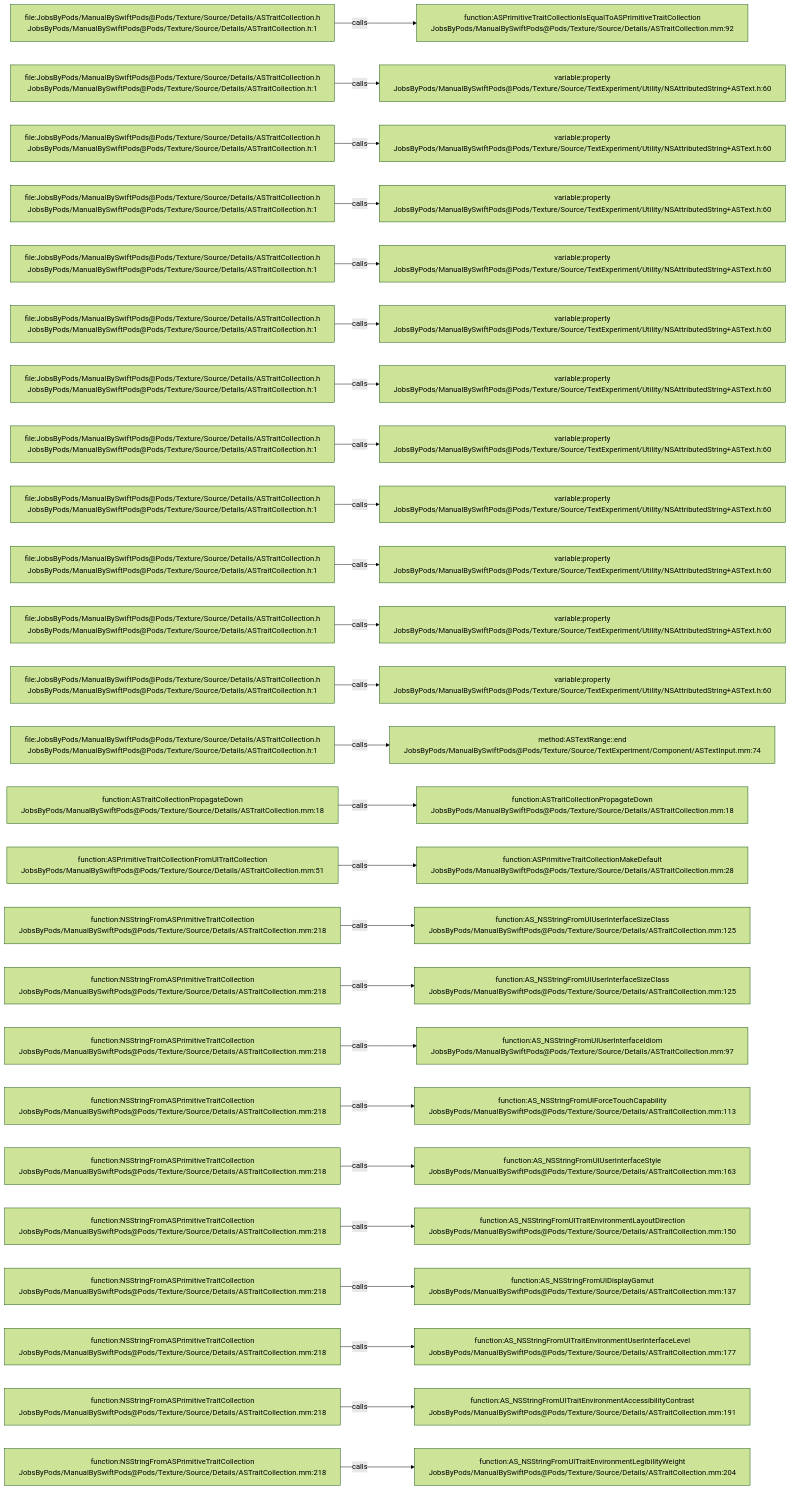
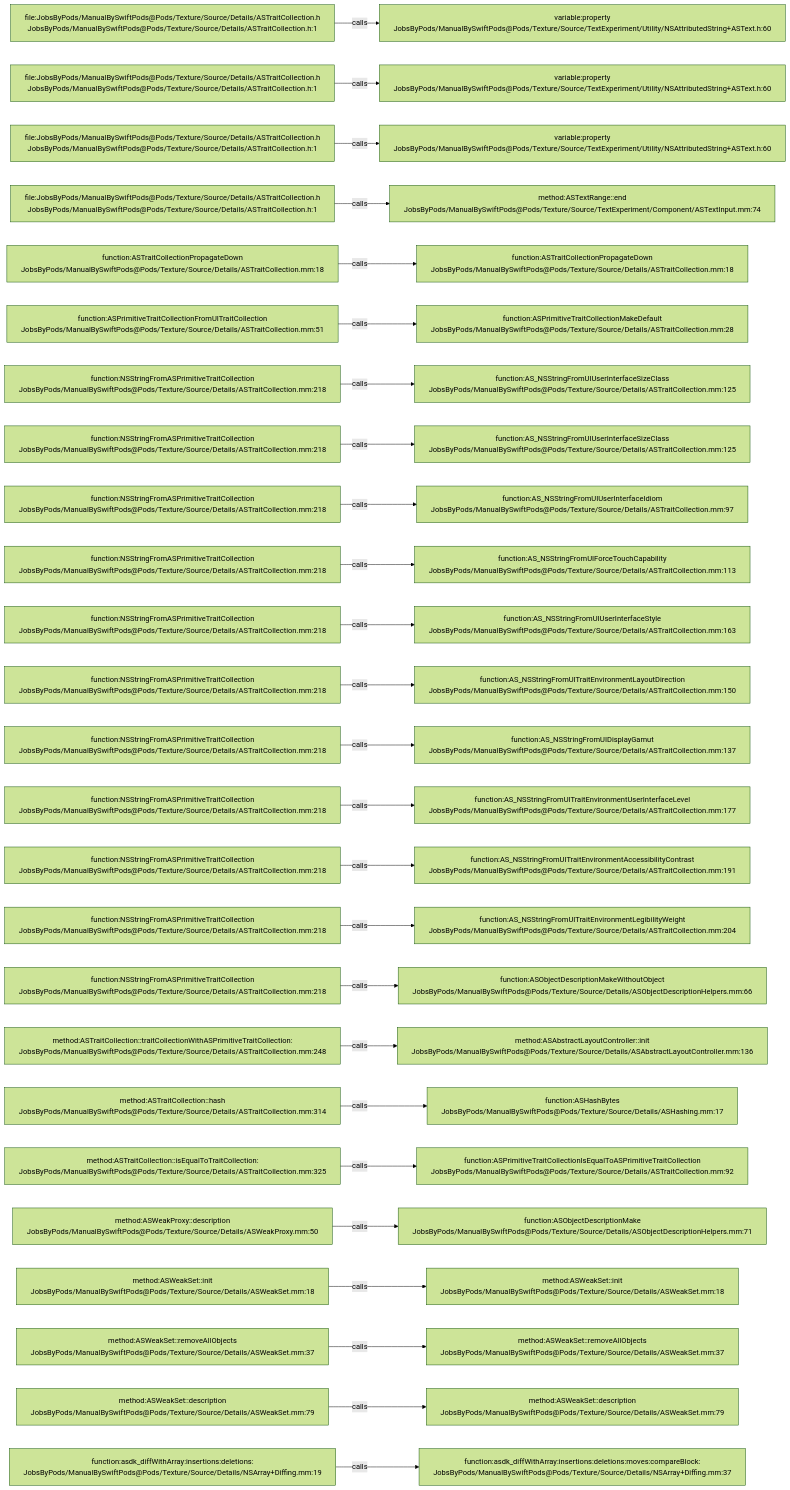
One commit to JobsKits/JobsSwiftBaseConfigDemo changed the diagram in .codegraph/codegraph.md/graphs/calls-097.md. Above: the diagram before and after it, drawn with Mermaid (forest theme). The commit also changed 707 other files, not shown here.

````diff
--- a/.codegraph/codegraph.md/graphs/calls-097.md
+++ b/.codegraph/codegraph.md/graphs/calls-097.md
@@ -13,78 +13,78 @@
 ```mermaid
 flowchart LR
   S1["file:JobsByPods/ManualBySwiftPods@Pods/Texture/Source/Details/ASTraitCollection.h<br/>JobsByPods/ManualBySwiftPods@Pods/Texture/Source/Details/ASTraitCollection.h:1"]
-  T1["function:ASPrimitiveTraitCollectionIsEqualToASPrimitiveTraitCollection<br/>JobsByPods/ManualBySwiftPods@Pods/Texture/Source/Details/ASTraitCollection.mm:92"]
+  T1["variable:property<br/>JobsByPods/ManualBySwiftPods@Pods/Texture/Source/TextExperiment/Utility/NSAttributedString+ASText.h:60"]
   S1 -->|calls| T1
   S2["file:JobsByPods/ManualBySwiftPods@Pods/Texture/Source/Details/ASTraitCollection.h<br/>JobsByPods/ManualBySwiftPods@Pods/Texture/Source/Details/ASTraitCollection.h:1"]
   T2["variable:property<br/>JobsByPods/ManualBySwiftPods@Pods/Texture/Source/TextExperiment/Utility/NSAttributedString+ASText.h:60"]
   S2 -->|calls| T2
   S3["file:JobsByPods/ManualBySwiftPods@Pods/Texture/Source/Details/ASTraitCollection.h<br/>JobsByPods/ManualBySwiftPods@Pods/Texture/Source/Details/ASTraitCollection.h:1"]
   T3["variable:property<br/>JobsByPods/ManualBySwiftPods@Pods/Texture/Source/TextExperiment/Utility/NSAttributedString+ASText.h:60"]
   S3 -->|calls| T3
   S4["file:JobsByPods/ManualBySwiftPods@Pods/Texture/Source/Details/ASTraitCollection.h<br/>JobsByPods/ManualBySwiftPods@Pods/Texture/Source/Details/ASTraitCollection.h:1"]
-  T4["variable:property<br/>JobsByPods/ManualBySwiftPods@Pods/Texture/Source/TextExperiment/Utility/NSAttributedString+ASText.h:60"]
+  T4["method:ASTextRange::end<br/>JobsByPods/ManualBySwiftPods@Pods/Texture/Source/TextExperiment/Component/ASTextInput.mm:74"]
   S4 -->|calls| T4
-  S5["file:JobsByPods/ManualBySwiftPods@Pods/Texture/Source/Details/ASTraitCollection.h<br/>JobsByPods/ManualBySwiftPods@Pods/Texture/Source/Details/ASTraitCollection.h:1"]
-  T5["variable:property<br/>JobsByPods/ManualBySwiftPods@Pods/Texture/Source/TextExperiment/Utility/NSAttributedString+ASText.h:60"]
+  S5["function:ASTraitCollectionPropagateDown<br/>JobsByPods/ManualBySwiftPods@Pods/Texture/Source/Details/ASTraitCollection.mm:18"]
+  T5["function:ASTraitCollectionPropagateDown<br/>JobsByPods/ManualBySwiftPods@Pods/Texture/Source/Details/ASTraitCollection.mm:18"]
   S5 -->|calls| T5
-  S6["file:JobsByPods/ManualBySwiftPods@Pods/Texture/Source/Details/ASTraitCollection.h<br/>JobsByPods/ManualBySwiftPods@Pods/Texture/Source/Details/ASTraitCollection.h:1"]
-  T6["variable:property<br/>JobsByPods/ManualBySwiftPods@Pods/Texture/Source/TextExperiment/Utility/NSAttributedString+ASText.h:60"]
+  S6["function:ASPrimitiveTraitCollectionFromUITraitCollection<br/>JobsByPods/ManualBySwiftPods@Pods/Texture/Source/Details/ASTraitCollection.mm:51"]
+  T6["function:ASPrimitiveTraitCollectionMakeDefault<br/>JobsByPods/ManualBySwiftPods@Pods/Texture/Source/Details/ASTraitCollection.mm:28"]
   S6 -->|calls| T6
-  S7["file:JobsByPods/ManualBySwiftPods@Pods/Texture/Source/Details/ASTraitCollection.h<br/>JobsByPods/ManualBySwiftPods@Pods/Texture/Source/Details/ASTraitCollection.h:1"]
-  T7["variable:property<br/>JobsByPods/ManualBySwiftPods@Pods/Texture/Source/TextExperiment/Utility/NSAttributedString+ASText.h:60"]
+  S7["function:NSStringFromASPrimitiveTraitCollection<br/>JobsByPods/ManualBySwiftPods@Pods/Texture/Source/Details/ASTraitCollection.mm:218"]
+  T7["function:AS_NSStringFromUIUserInterfaceSizeClass<br/>JobsByPods/ManualBySwiftPods@Pods/Texture/Source/Details/ASTraitCollection.mm:125"]
   S7 -->|calls| T7
-  S8["file:JobsByPods/ManualBySwiftPods@Pods/Texture/Source/Details/ASTraitCollection.h<br/>JobsByPods/ManualBySwiftPods@Pods/Texture/Source/Details/ASTraitCollection.h:1"]
-  T8["variable:property<br/>JobsByPods/ManualBySwiftPods@Pods/Texture/Source/TextExperiment/Utility/NSAttributedString+ASText.h:60"]
+  S8["function:NSStringFromASPrimitiveTraitCollection<br/>JobsByPods/ManualBySwiftPods@Pods/Texture/Source/Details/ASTraitCollection.mm:218"]
+  T8["function:AS_NSStringFromUIUserInterfaceSizeClass<br/>JobsByPods/ManualBySwiftPods@Pods/Texture/Source/Details/ASTraitCollection.mm:125"]
   S8 -->|calls| T8
-  S9["file:JobsByPods/ManualBySwiftPods@Pods/Texture/Source/Details/ASTraitCollection.h<br/>JobsByPods/ManualBySwiftPods@Pods/Texture/Source/Details/ASTraitCollection.h:1"]
-  T9["variable:property<br/>JobsByPods/ManualBySwiftPods@Pods/Texture/Source/TextExperiment/Utility/NSAttributedString+ASText.h:60"]
+  S9["function:NSStringFromASPrimitiveTraitCollection<br/>JobsByPods/ManualBySwiftPods@Pods/Texture/Source/Details/ASTraitCollection.mm:218"]
+  T9["function:AS_NSStringFromUIUserInterfaceIdiom<br/>JobsByPods/ManualBySwiftPods@Pods/Texture/Source/Details/ASTraitCollection.mm:97"]
   S9 -->|calls| T9
-  S10["file:JobsByPods/ManualBySwiftPods@Pods/Texture/Source/Details/ASTraitCollection.h<br/>JobsByPods/ManualBySwiftPods@Pods/Texture/Source/Details/ASTraitCollection.h:1"]
-  T10["variable:property<br/>JobsByPods/ManualBySwiftPods@Pods/Texture/Source/TextExperiment/Utility/NSAttributedString+ASText.h:60"]
+  S10["function:NSStringFromASPrimitiveTraitCollection<br/>JobsByPods/ManualBySwiftPods@Pods/Texture/Source/Details/ASTraitCollection.mm:218"]
+  T10["function:AS_NSStringFromUIForceTouchCapability<br/>JobsByPods/ManualBySwiftPods@Pods/Texture/Source/Details/ASTraitCollection.mm:113"]
   S10 -->|calls| T10
-  S11["file:JobsByPods/ManualBySwiftPods@Pods/Texture/Source/Details/ASTraitCollection.h<br/>JobsByPods/ManualBySwiftPods@Pods/Texture/Source/Details/ASTraitCollection.h:1"]
-  T11["variable:property<br/>JobsByPods/ManualBySwiftPods@Pods/Texture/Source/TextExperiment/Utility/NSAttributedString+ASText.h:60"]
+  S11["function:NSStringFromASPrimitiveTraitCollection<br/>JobsByPods/ManualBySwiftPods@Pods/Texture/Source/Details/ASTraitCollection.mm:218"]
+  T11["function:AS_NSStringFromUIUserInterfaceStyle<br/>JobsByPods/ManualBySwiftPods@Pods/Texture/Source/Details/ASTraitCollection.mm:163"]
   S11 -->|calls| T11
-  S12["file:JobsByPods/ManualBySwiftPods@Pods/Texture/Source/Details/ASTraitCollection.h<br/>JobsByPods/ManualBySwiftPods@Pods/Texture/Source/Details/ASTraitCollection.h:1"]
-  T12["variable:property<br/>JobsByPods/ManualBySwiftPods@Pods/Texture/Source/TextExperiment/Utility/NSAttributedString+ASText.h:60"]
+  S12["function:NSStringFromASPrimitiveTraitCollection<br/>JobsByPods/ManualBySwiftPods@Pods/Texture/Source/Details/ASTraitCollection.mm:218"]
+  T12["function:AS_NSStringFromUITraitEnvironmentLayoutDirection<br/>JobsByPods/ManualBySwiftPods@Pods/Texture/Source/Details/ASTraitCollection.mm:150"]
   S12 -->|calls| T12
-  S13["file:JobsByPods/ManualBySwiftPods@Pods/Texture/Source/Details/ASTraitCollection.h<br/>JobsByPods/ManualBySwiftPods@Pods/Texture/Source/Details/ASTraitCollection.h:1"]
-  T13["method:ASTextRange::end<br/>JobsByPods/ManualBySwiftPods@Pods/Texture/Source/TextExperiment/Component/ASTextInput.mm:74"]
+  S13["function:NSStringFromASPrimitiveTraitCollection<br/>JobsByPods/ManualBySwiftPods@Pods/Texture/Source/Details/ASTraitCollection.mm:218"]
+  T13["function:AS_NSStringFromUIDisplayGamut<br/>JobsByPods/ManualBySwiftPods@Pods/Texture/Source/Details/ASTraitCollection.mm:137"]
   S13 -->|calls| T13
-  S14["function:ASTraitCollectionPropagateDown<br/>JobsByPods/ManualBySwiftPods@Pods/Texture/Source/Details/ASTraitCollection.mm:18"]
-  T14["function:ASTraitCollectionPropagateDown<br/>JobsByPods/ManualBySwiftPods@Pods/Texture/Source/Details/ASTraitCollection.mm:18"]
+  S14["function:NSStringFromASPrimitiveTraitCollection<br/>JobsByPods/ManualBySwiftPods@Pods/Texture/Source/Details/ASTraitCollection.mm:218"]
+  T14["function:AS_NSStringFromUITraitEnvironmentUserInterfaceLevel<br/>JobsByPods/ManualBySwiftPods@Pods/Texture/Source/Details/ASTraitCollection.mm:177"]
   S14 -->|calls| T14
-  S15["function:ASPrimitiveTraitCollectionFromUITraitCollection<br/>JobsByPods/ManualBySwiftPods@Pods/Texture/Source/Details/ASTraitCollection.mm:51"]
-  T15["function:ASPrimitiveTraitCollectionMakeDefault<br/>JobsByPods/ManualBySwiftPods@Pods/Texture/Source/Details/ASTraitCollection.mm:28"]
+  S15["function:NSStringFromASPrimitiveTraitCollection<br/>JobsByPods/ManualBySwiftPods@Pods/Texture/Source/Details/ASTraitCollection.mm:218"]
+  T15["function:AS_NSStringFromUITraitEnvironmentAccessibilityContrast<br/>JobsByPods/ManualBySwiftPods@Pods/Texture/Source/Details/ASTraitCollection.mm:191"]
   S15 -->|calls| T15
   S16["function:NSStringFromASPrimitiveTraitCollection<br/>JobsByPods/ManualBySwiftPods@Pods/Texture/Source/Details/ASTraitCollection.mm:218"]
-  T16["function:AS_NSStringFromUIUserInterfaceSizeClass<br/>JobsByPods/ManualBySwiftPods@Pods/Texture/Source/Details/ASTraitCollection.mm:125"]
+  T16["function:AS_NSStringFromUITraitEnvironmentLegibilityWeight<br/>JobsByPods/ManualBySwiftPods@Pods/Texture/Source/Details/ASTraitCollection.mm:204"]
   S16 -->|calls| T16
   S17["function:NSStringFromASPrimitiveTraitCollection<br/>JobsByPods/ManualBySwiftPods@Pods/Texture/Source/Details/ASTraitCollection.mm:218"]
-  T17["function:AS_NSStringFromUIUserInterfaceSizeClass<br/>JobsByPods/ManualBySwiftPods@Pods/Texture/Source/Details/ASTraitCollection.mm:125"]
+  T17["function:ASObjectDescriptionMakeWithoutObject<br/>JobsByPods/ManualBySwiftPods@Pods/Texture/Source/Details/ASObjectDescriptionHelpers.mm:66"]
   S17 -->|calls| T17
-  S18["function:NSStringFromASPrimitiveTraitCollection<br/>JobsByPods/ManualBySwiftPods@Pods/Texture/Source/Details/ASTraitCollection.mm:218"]
-  T18["function:AS_NSStringFromUIUserInterfaceIdiom<br/>JobsByPods/ManualBySwiftPods@Pods/Texture/Source/Details/ASTraitCollection.mm:97"]
+  S18["method:ASTraitCollection::traitCollectionWithASPrimitiveTraitCollection:<br/>JobsByPods/ManualBySwiftPods@Pods/Texture/Source/Details/ASTraitCollection.mm:248"]
+  T18["method:ASAbstractLayoutController::init<br/>JobsByPods/ManualBySwiftPods@Pods/Texture/Source/Details/ASAbstractLayoutController.mm:136"]
   S18 -->|calls| T18
-  S19["function:NSStringFromASPrimitiveTraitCollection<br/>JobsByPods/ManualBySwiftPods@Pods/Texture/Source/Details/ASTraitCollection.mm:218"]
-  T19["function:AS_NSStringFromUIForceTouchCapability<br/>JobsByPods/ManualBySwiftPods@Pods/Texture/Source/Details/ASTraitCollection.mm:113"]
+  S19["method:ASTraitCollection::hash<br/>JobsByPods/ManualBySwiftPods@Pods/Texture/Source/Details/ASTraitCollection.mm:314"]
+  T19["function:ASHashBytes<br/>JobsByPods/ManualBySwiftPods@Pods/Texture/Source/Details/ASHashing.mm:17"]
   S19 -->|calls| T19
-  S20["function:NSStringFromASPrimitiveTraitCollection<br/>JobsByPods/ManualBySwiftPods@Pods/Texture/Source/Details/ASTraitCollection.mm:218"]
-  T20["function:AS_NSStringFromUIUserInterfaceStyle<br/>JobsByPods/ManualBySwiftPods@Pods/Texture/Source/Details/ASTraitCollection.mm:163"]
+  S20["method:ASTraitCollection::isEqualToTraitCollection:<br/>JobsByPods/ManualBySwiftPods@Pods/Texture/Source/Details/ASTraitCollection.mm:325"]
+  T20["function:ASPrimitiveTraitCollectionIsEqualToASPrimitiveTraitCollection<br/>JobsByPods/ManualBySwiftPods@Pods/Texture/Source/Details/ASTraitCollection.mm:92"]
   S20 -->|calls| T20
-  S21["function:NSStringFromASPrimitiveTraitCollection<br/>JobsByPods/ManualBySwiftPods@Pods/Texture/Source/Details/ASTraitCollection.mm:218"]
-  T21["function:AS_NSStringFromUITraitEnvironmentLayoutDirection<br/>JobsByPods/ManualBySwiftPods@Pods/Texture/Source/Details/ASTraitCollection.mm:150"]
+  S21["method:ASWeakProxy::description<br/>JobsByPods/ManualBySwiftPods@Pods/Texture/Source/Details/ASWeakProxy.mm:50"]
+  T21["function:ASObjectDescriptionMake<br/>JobsByPods/ManualBySwiftPods@Pods/Texture/Source/Details/ASObjectDescriptionHelpers.mm:71"]
   S21 -->|calls| T21
-  S22["function:NSStringFromASPrimitiveTraitCollection<br/>JobsByPods/ManualBySwiftPods@Pods/Texture/Source/Details/ASTraitCollection.mm:218"]
-  T22["function:AS_NSStringFromUIDisplayGamut<br/>JobsByPods/ManualBySwiftPods@Pods/Texture/Source/Details/ASTraitCollection.mm:137"]
+  S22["method:ASWeakSet::init<br/>JobsByPods/ManualBySwiftPods@Pods/Texture/Source/Details/ASWeakSet.mm:18"]
+  T22["method:ASWeakSet::init<br/>JobsByPods/ManualBySwiftPods@Pods/Texture/Source/Details/ASWeakSet.mm:18"]
   S22 -->|calls| T22
-  S23["function:NSStringFromASPrimitiveTraitCollection<br/>JobsByPods/ManualBySwiftPods@Pods/Texture/Source/Details/ASTraitCollection.mm:218"]
-  T23["function:AS_NSStringFromUITraitEnvironmentUserInterfaceLevel<br/>JobsByPods/ManualBySwiftPods@Pods/Texture/Source/Details/ASTraitCollection.mm:177"]
+  S23["method:ASWeakSet::removeAllObjects<br/>JobsByPods/ManualBySwiftPods@Pods/Texture/Source/Details/ASWeakSet.mm:37"]
+  T23["method:ASWeakSet::removeAllObjects<br/>JobsByPods/ManualBySwiftPods@Pods/Texture/Source/Details/ASWeakSet.mm:37"]
   S23 -->|calls| T23
-  S24["function:NSStringFromASPrimitiveTraitCollection<br/>JobsByPods/ManualBySwiftPods@Pods/Texture/Source/Details/ASTraitCollection.mm:218"]
-  T24["function:AS_NSStringFromUITraitEnvironmentAccessibilityContrast<br/>JobsByPods/ManualBySwiftPods@Pods/Texture/Source/Details/ASTraitCollection.mm:191"]
+  S24["method:ASWeakSet::description<br/>JobsByPods/ManualBySwiftPods@Pods/Texture/Source/Details/ASWeakSet.mm:79"]
+  T24["method:ASWeakSet::description<br/>JobsByPods/ManualBySwiftPods@Pods/Texture/Source/Details/ASWeakSet.mm:79"]
   S24 -->|calls| T24
-  S25["function:NSStringFromASPrimitiveTraitCollection<br/>JobsByPods/ManualBySwiftPods@Pods/Texture/Source/Details/ASTraitCollection.mm:218"]
-  T25["function:AS_NSStringFromUITraitEnvironmentLegibilityWeight<br/>JobsByPods/ManualBySwiftPods@Pods/Texture/Source/Details/ASTraitCollection.mm:204"]
+  S25["function:asdk_diffWithArray:insertions:deletions:<br/>JobsByPods/ManualBySwiftPods@Pods/Texture/Source/Details/NSArray+Diffing.mm:19"]
+  T25["function:asdk_diffWithArray:insertions:deletions:moves:compareBlock:<br/>JobsByPods/ManualBySwiftPods@Pods/Texture/Source/Details/NSArray+Diffing.mm:37"]
   S25 -->|calls| T25
 ```
````
